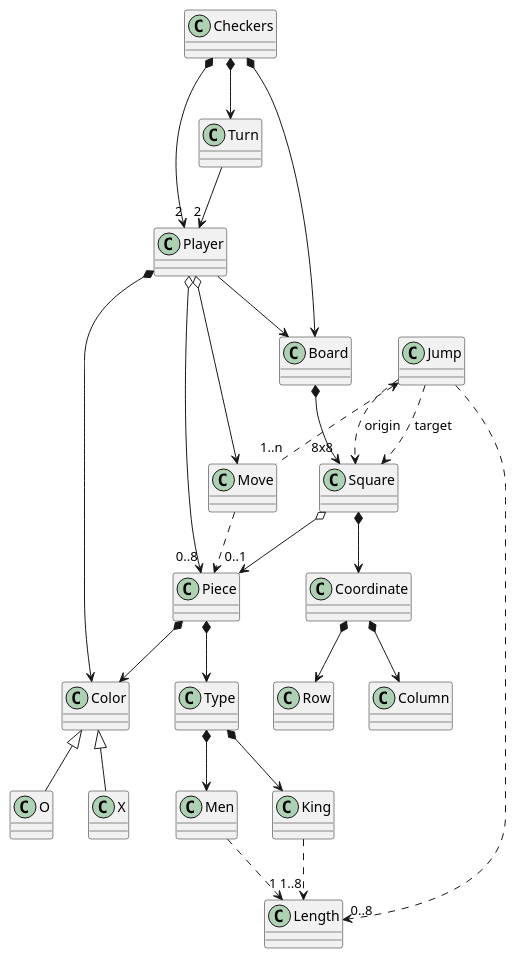
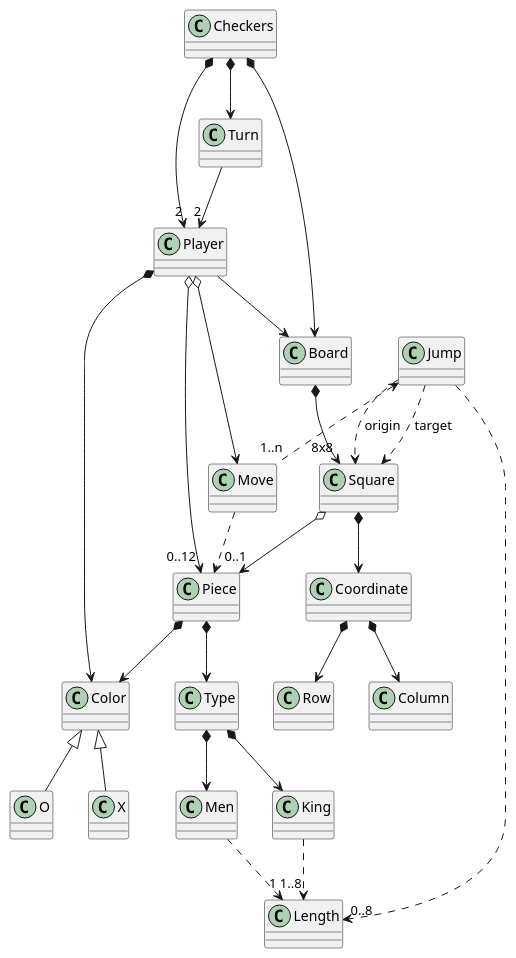
The first of 2 diagrams in docs/src/domain-model/domain-model.plantuml (Master-Desarrollo-20-21/patrones-diseno---practica-final---juego-de-las-damas-fraylopez), drawn with PlantUML before and after one commit. The commit also changed 7 other files, not shown here.

```diff
--- a/docs/src/domain-model/domain-model.plantuml
+++ b/docs/src/domain-model/domain-model.plantuml
@@ -1,39 +1,39 @@
 @startuml DomainModel
 
 Checkers *-down-> "2" Player
 Checkers *-down-> Board
 Checkers *-down-> Turn
 
 Turn -down-> "2" Player
 
 Player -down-> Board
-Player o-down-> "0..8" Piece
+Player o-down-> "0..12" Piece
 Player o-down-> Move
 Player *-down-> Color
 
 Piece *-down-> Type
 Piece *-down-> Color
 Type *-down-> King
 Type *-down-> Men
 
 Men ..> "1" Length
 King ..> "1..8" Length
 
 Color <|-down- X
 Color <|-down- O
 
 Jump <.. "1..n" Move
 Jump ..> "0..8" Length
 
 Board *-down-> "8x8" Square
 Square *-down-> Coordinate
 Square o-down-> "0..1" Piece
 
 Move .down.> Piece
 Jump .down.> Square : origin
 Jump .down.> Square : target
 
 Coordinate *-down-> Row
 Coordinate *-down-> Column
 
 @enduml
```
